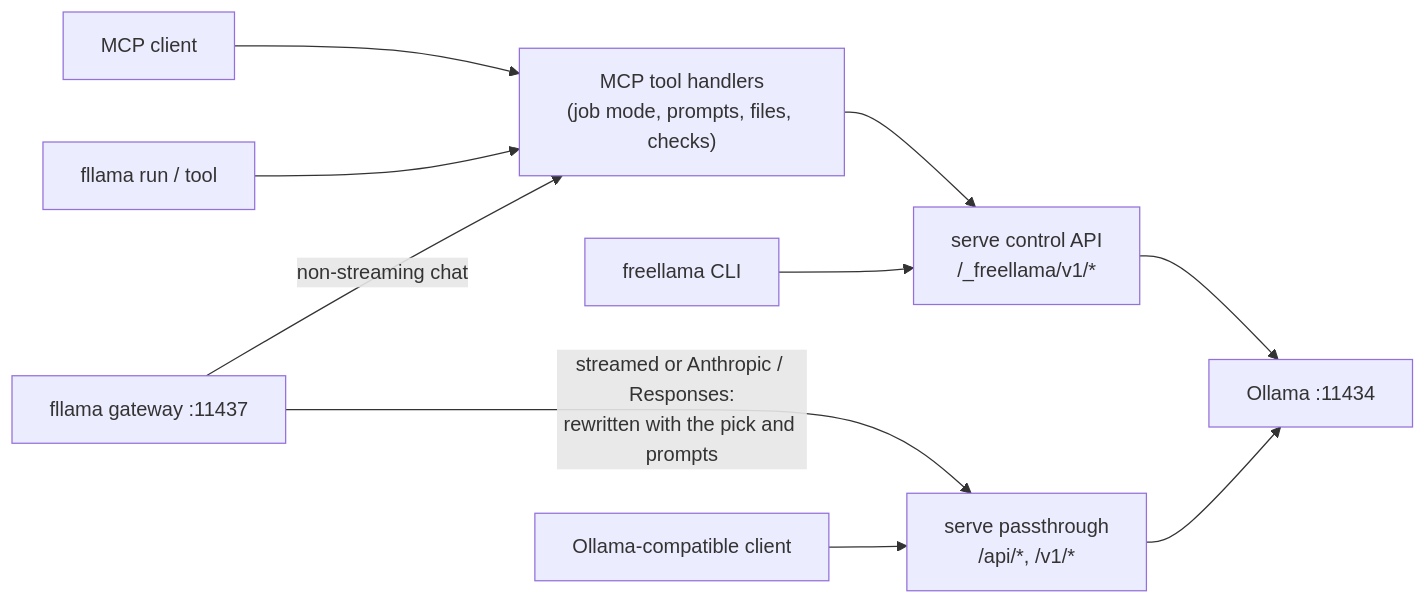
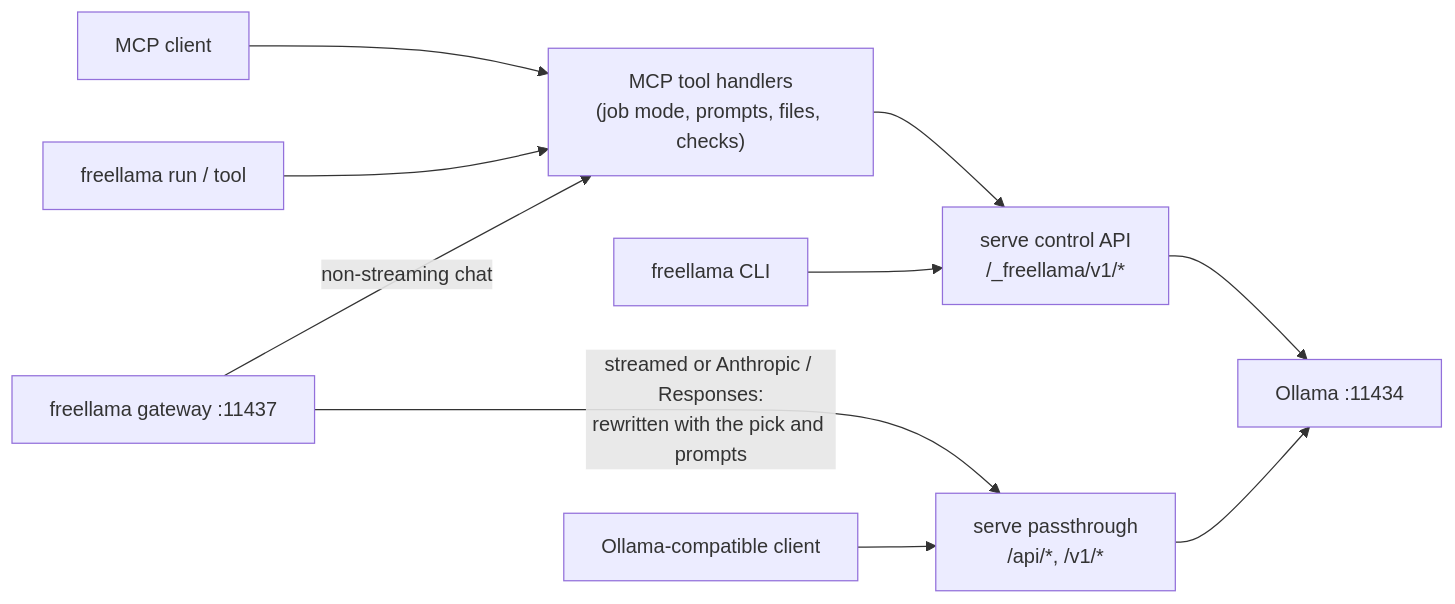
The diagram in docs/API.md (bgauryy/FreeLlama), drawn with Mermaid before and after one commit. The commit also changed other lines of this file and 72 other files, not shown here.

````diff
--- a/docs/API.md
+++ b/docs/API.md
@@ -18,12 +18,12 @@
 ```mermaid
 flowchart LR
     MCP["MCP client"] --> H["MCP tool handlers<br/>(job mode, prompts, files, checks)"]
-    SH["fllama run / tool"] --> H
-    GW["fllama gateway :11437"] -->|"non-streaming chat"| H
+    SH["freellama run / tool"] --> H
+    GW["freellama gateway :11437"] -->|"non-streaming chat"| H
     GW -->|"streamed or Anthropic / Responses:<br/>rewritten with the pick and prompts"| PX
     H --> API["serve control API<br/>/_freellama/v1/*"]
     CLI["freellama CLI"] --> API
     API --> O["Ollama :11434"]
     RAW["Ollama-compatible client"] --> PX["serve passthrough<br/>/api/*, /v1/*"]
     PX --> O
 ```
````
